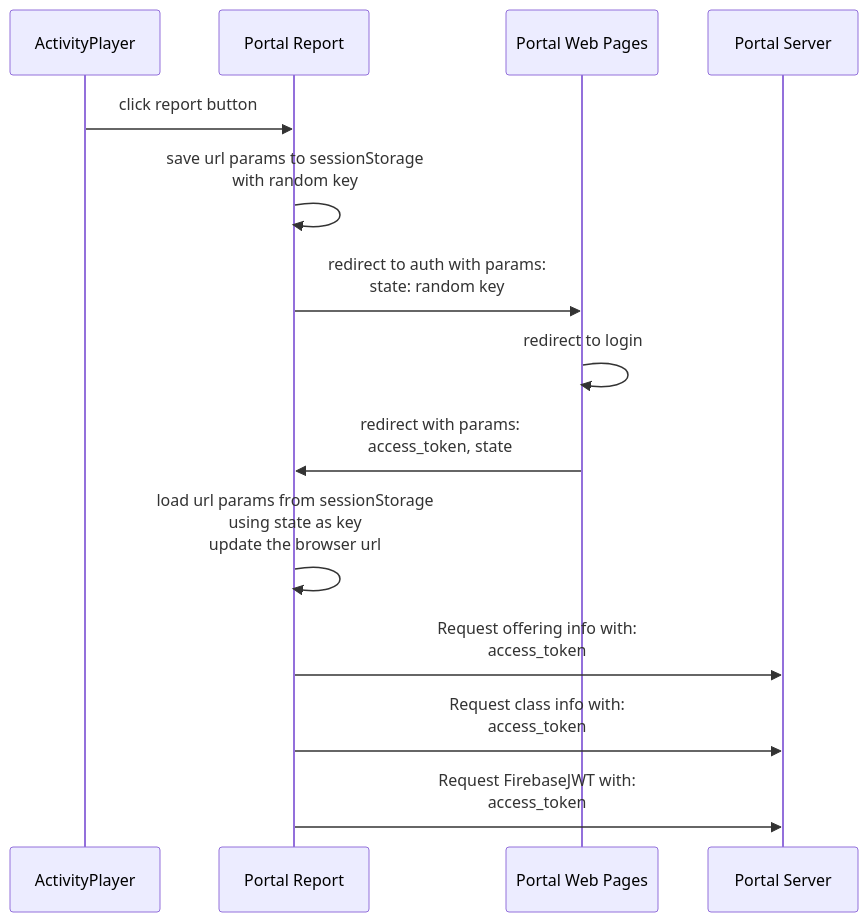
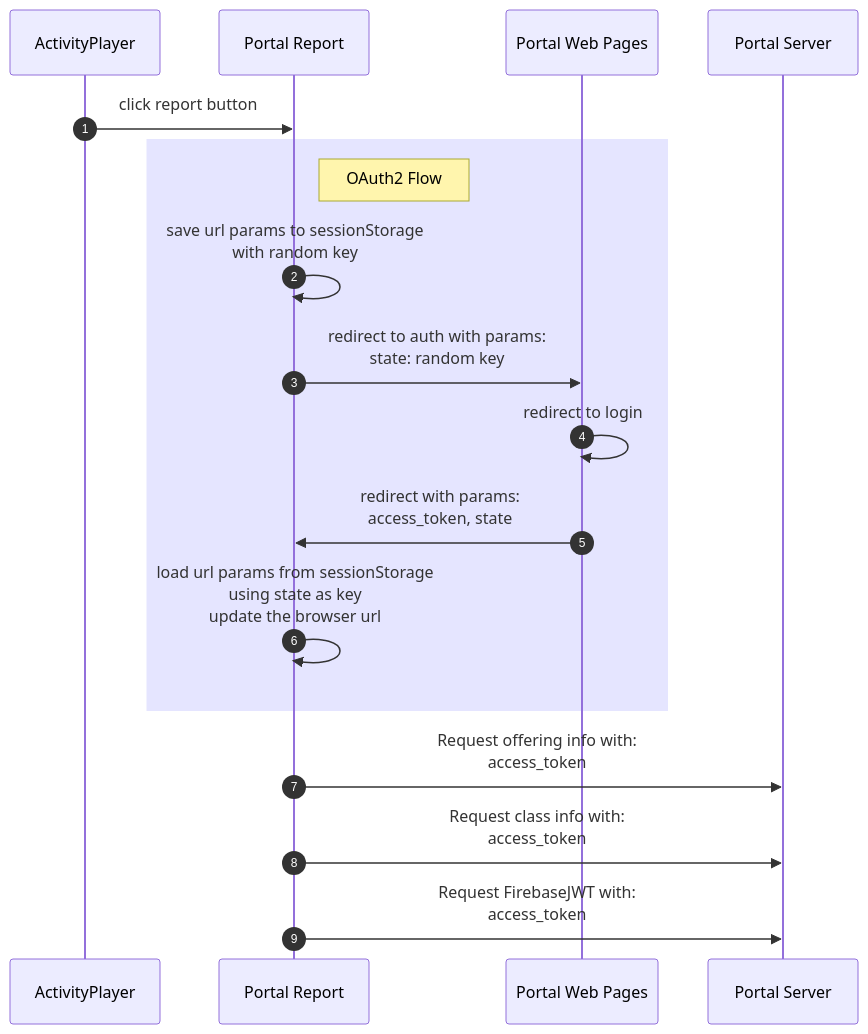
One commit to concord-consortium/portal-report changed the diagram in docs/diagrams/thirdparty-authed-launch.mmd. Above: the diagram before and after it, drawn with Mermaid. The commit also changed 4 other files, not shown here.

```diff
--- a/docs/diagrams/thirdparty-authed-launch.mmd
+++ b/docs/diagrams/thirdparty-authed-launch.mmd
@@ -1,15 +1,21 @@
 sequenceDiagram
+  autonumber
   participant AP as ActivityPlayer
   participant Report as Portal Report
   participant PortalW as Portal Web Pages
   participant PortalS as Portal Server
 
   AP->>Report: click report button
-  Report->>Report: save url params to sessionStorage<br/>with random key
-  Report->>PortalW: redirect to auth with params:<br/>state: random key
-  PortalW->>PortalW: redirect to login
-  PortalW->>Report: redirect with params:<br/>access_token, state
-  Report->>Report: load url params from sessionStorage<br/>using state as key<br/>update the browser url
+
+  rect rgba(0,0,255, 0.1)
+    Note right of Report: OAuth2 Flow
+    Report->>Report: save url params to sessionStorage<br/>with random key
+    Report->>PortalW: redirect to auth with params:<br/>state: random key
+    PortalW->>PortalW: redirect to login
+    PortalW->>Report: redirect with params:<br/>access_token, state
+    Report->>Report: load url params from sessionStorage<br/>using state as key<br/>update the browser url
+  end
+
   Report->>PortalS: Request offering info with:<br/>access_token
   Report->>PortalS: Request class info with:<br/>access_token
   Report->>PortalS: Request FirebaseJWT with:<br/>access_token
```
